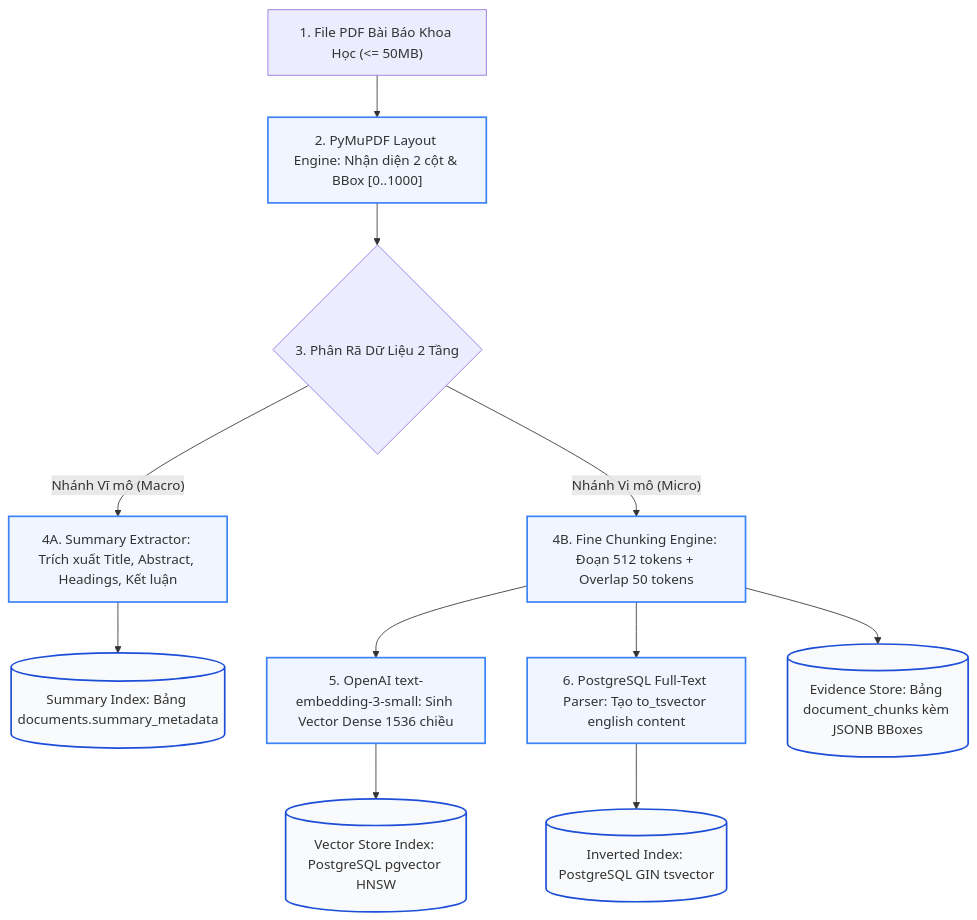
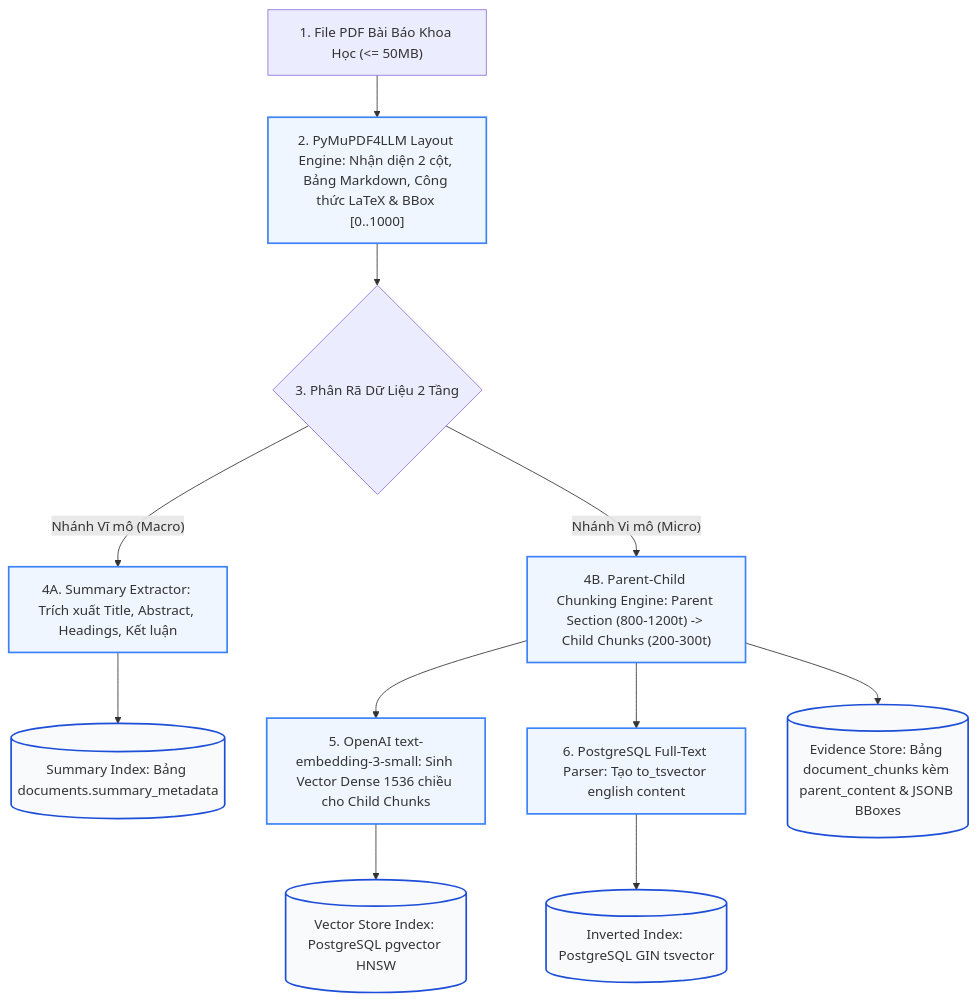
Before and after one commit to dammanhdungvn/VeriScholar: the first of 3 diagrams in docs/specs/03-sessions-and-deep-reading-spec.md, drawn with Mermaid. The commit also changed other lines of this file and 2 other files, not shown here.

Commit message:
docs(specs): update deep reading spec with sota 3-stage advanced rag architecture

````diff
--- a/docs/specs/03-sessions-and-deep-reading-spec.md
+++ b/docs/specs/03-sessions-and-deep-reading-spec.md
@@ -48,24 +48,24 @@
 ```mermaid
 flowchart TD
-    PDF["1. File PDF Bài Báo Khoa Học (<= 50MB)"] --> Parser["2. PyMuPDF Layout Engine: Nhận diện 2 cột & BBox [0..1000]"]
+    PDF["1. File PDF Bài Báo Khoa Học (<= 50MB)"] --> Parser["2. PyMuPDF4LLM Layout Engine: Nhận diện 2 cột, Bảng Markdown, Công thức LaTeX & BBox [0..1000]"]
     
     Parser --> Branch{"3. Phân Rã Dữ Liệu 2 Tầng"}
     
     %% Nhánh Macro (Summary)
     Branch -->|"Nhánh Vĩ mô (Macro)"| SumExtract["4A. Summary Extractor: Trích xuất Title, Abstract, Headings, Kết luận"]
     SumExtract --> SumStore[("Summary Index: Bảng documents.summary_metadata")]
     
-    %% Nhánh Micro (Chunks)
-    Branch -->|"Nhánh Vi mô (Micro)"| Chunker["4B. Fine Chunking Engine: Đoạn 512 tokens + Overlap 50 tokens"]
-    Chunker --> EmbedWorker["5. OpenAI text-embedding-3-small: Sinh Vector Dense 1536 chiều"]
+    %% Nhánh Micro (Parent-Child Chunks)
+    Branch -->|"Nhánh Vi mô (Micro)"| Chunker["4B. Parent-Child Chunking Engine: Parent Section (800-1200t) -> Child Chunks (200-300t)"]
+    Chunker --> EmbedWorker["5. OpenAI text-embedding-3-small: Sinh Vector Dense 1536 chiều cho Child Chunks"]
     Chunker --> LexicalWorker["6. PostgreSQL Full-Text Parser: Tạo to_tsvector english content"]
     
     EmbedWorker --> VecStore[("Vector Store Index: PostgreSQL pgvector HNSW")]
     LexicalWorker --> FTSStore[("Inverted Index: PostgreSQL GIN tsvector")]
-    Chunker --> BBoxStore[("Evidence Store: Bảng document_chunks kèm JSONB BBoxes")]
+    Chunker --> BBoxStore[("Evidence Store: Bảng document_chunks kèm parent_content & JSONB BBoxes")]
 
     classDef proc fill:#eff6ff,stroke:#3b82f6,stroke-width:2px;
     classDef store fill:#f8fafc,stroke:#1d4ed8,stroke-width:2px;
     class Parser,SumExtract,Chunker,EmbedWorker,LexicalWorker proc;
     class SumStore,VecStore,FTSStore,BBoxStore store;
 ```
````
